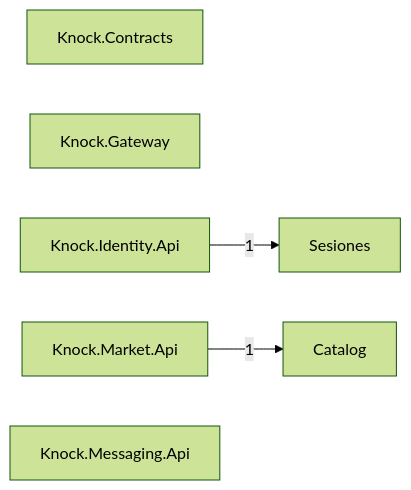
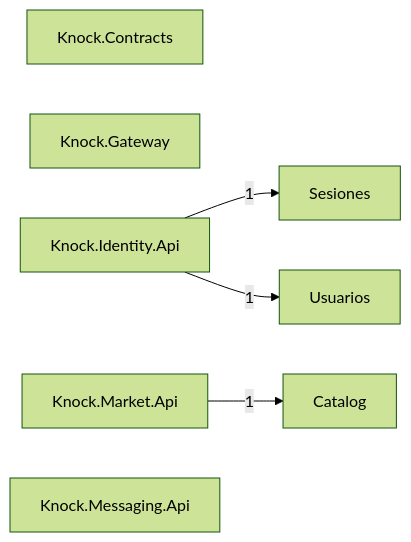
Before and after one commit to Tensei-Devs/knock-backend: the diagram in docs/architecture/modules.mmd, drawn with Mermaid (forest theme). The commit also changed 21 other files, not shown here.

First line of the commit message:
feat(identity): read and update the own profile with a cached ETag (KNOCK-212)

```diff
--- a/docs/architecture/modules.mmd
+++ b/docs/architecture/modules.mmd
@@ -1,10 +1,12 @@
 graph LR
   Catalog["Catalog"]
   Knock_Contracts["Knock.Contracts"]
   Knock_Gateway["Knock.Gateway"]
   Knock_Identity_Api["Knock.Identity.Api"]
   Knock_Market_Api["Knock.Market.Api"]
   Knock_Messaging_Api["Knock.Messaging.Api"]
   Sesiones["Sesiones"]
+  Usuarios["Usuarios"]
   Knock_Identity_Api -->|1| Sesiones
+  Knock_Identity_Api -->|1| Usuarios
   Knock_Market_Api -->|1| Catalog
```
